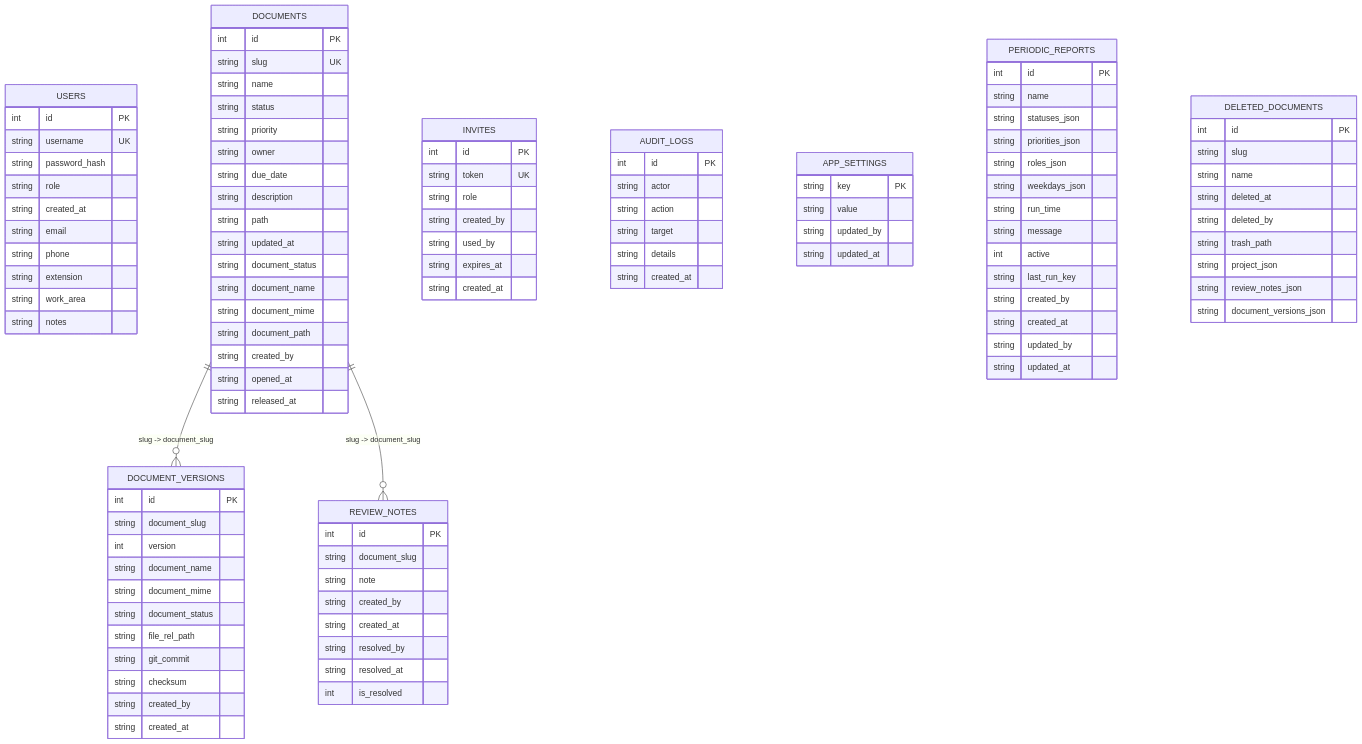
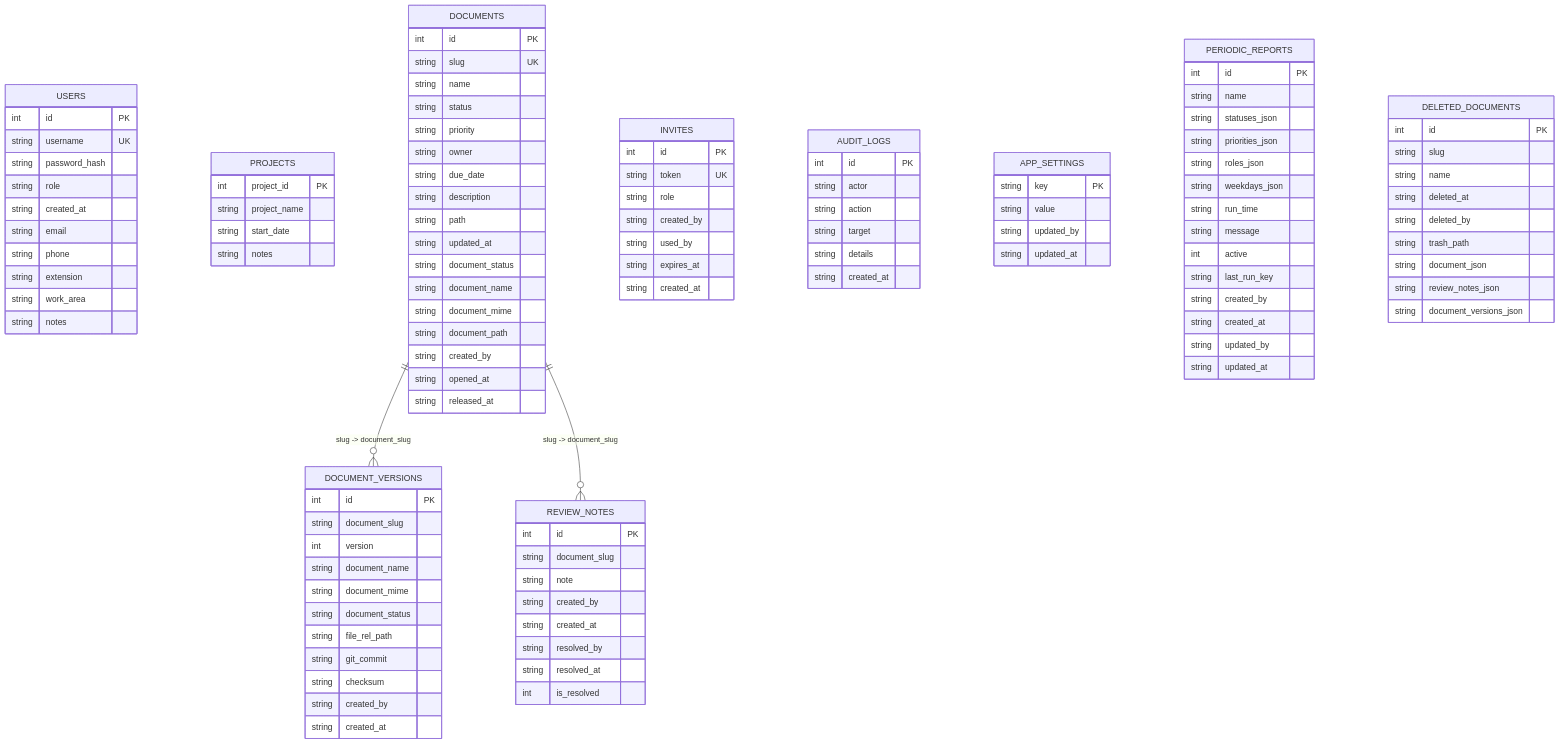
One commit to Vieirapa/ProjectDashboard changed the first of 2 diagrams in docs/14-db-structure-and-module-mapping-3be2bc7.md. Above: the diagram before and after it, drawn with Mermaid. The commit also changed other lines of this file, not shown here.

Commit message:
docs(db): fix doc 14 with projects table and corrected deleted_documents fields

```diff
--- a/docs/14-db-structure-and-module-mapping-3be2bc7.md
+++ b/docs/14-db-structure-and-module-mapping-3be2bc7.md
@@ -199,6 +218,13 @@
         string phone
         string extension
         string work_area
+        string notes
+    }
+
+    PROJECTS {
+        int project_id PK
+        string project_name
+        string start_date
         string notes
     }
 
@@ -297,7 +323,7 @@
         string deleted_at
         string deleted_by
         string trash_path
-        string project_json
+        string document_json
         string review_notes_json
         string document_versions_json
     }
```
